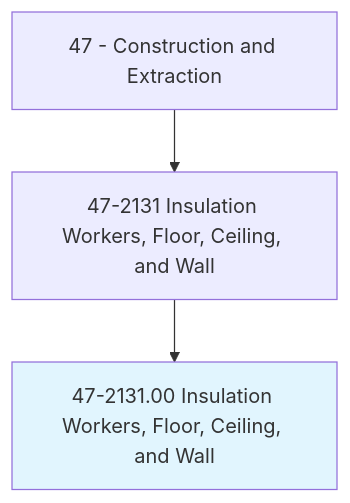
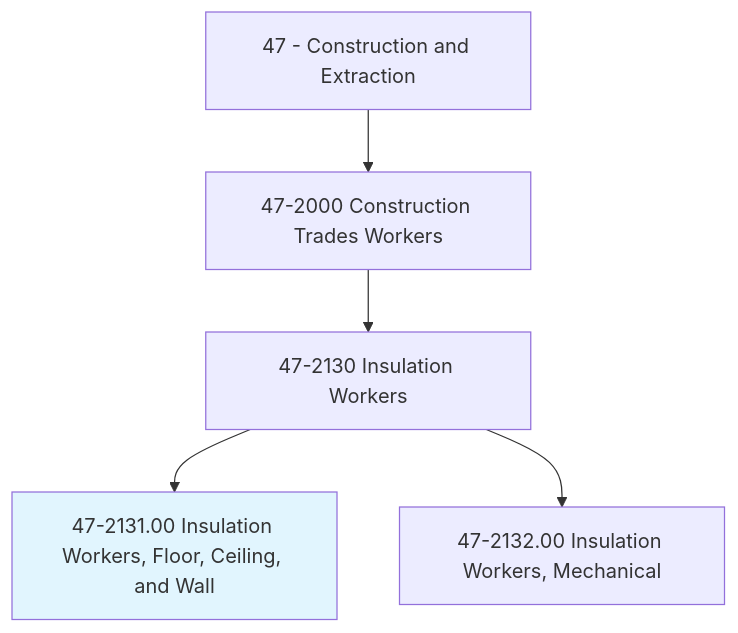
The first of 4 diagrams in occupations/Construction/InsulationWorkersFloorCeilingAndWall.mdx (kziemski/business.org.ai), drawn with Mermaid before and after one commit. The commit also changed other lines of this file and 938 other files, not shown here.

````diff
--- a/occupations/Construction/InsulationWorkersFloorCeilingAndWall.mdx
+++ b/occupations/Construction/InsulationWorkersFloorCeilingAndWall.mdx
@@ -19,6 +23,8 @@
 ```mermaid
 graph TD
-    Cat47["47 - Construction and Extraction"] --> Group472131["47-2131 Insulation Workers, Floor, Ceiling, and Wall"]
-    Group472131 --> Current["47-2131.00 Insulation Workers, Floor, Ceiling, and Wall"]
+    Cat47["47 - Construction and Extraction"] --> Group472["47-2000 Construction Trades Workers"]
+    Group472 --> Group4721["47-2130 Insulation Workers"]
+    Group4721 --> Current["47-2131.00 Insulation Workers, Floor, Ceiling, and Wall"]
+    Group4721 --> Mech["47-2132.00 Insulation Workers, Mechanical"]
     style Current fill:#e1f5fe
 ```
````
